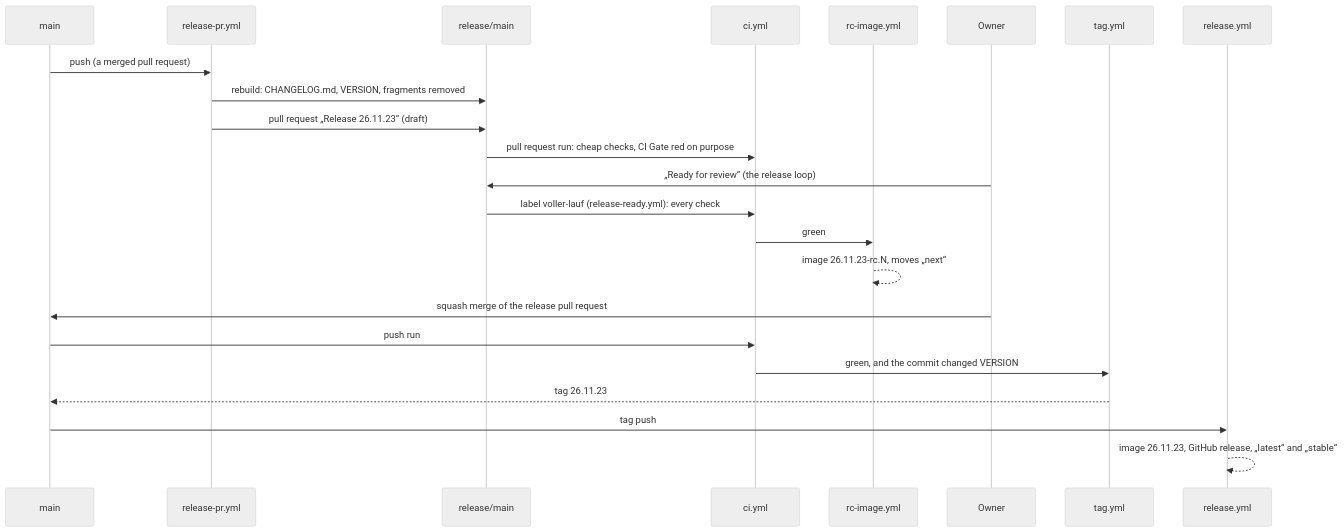
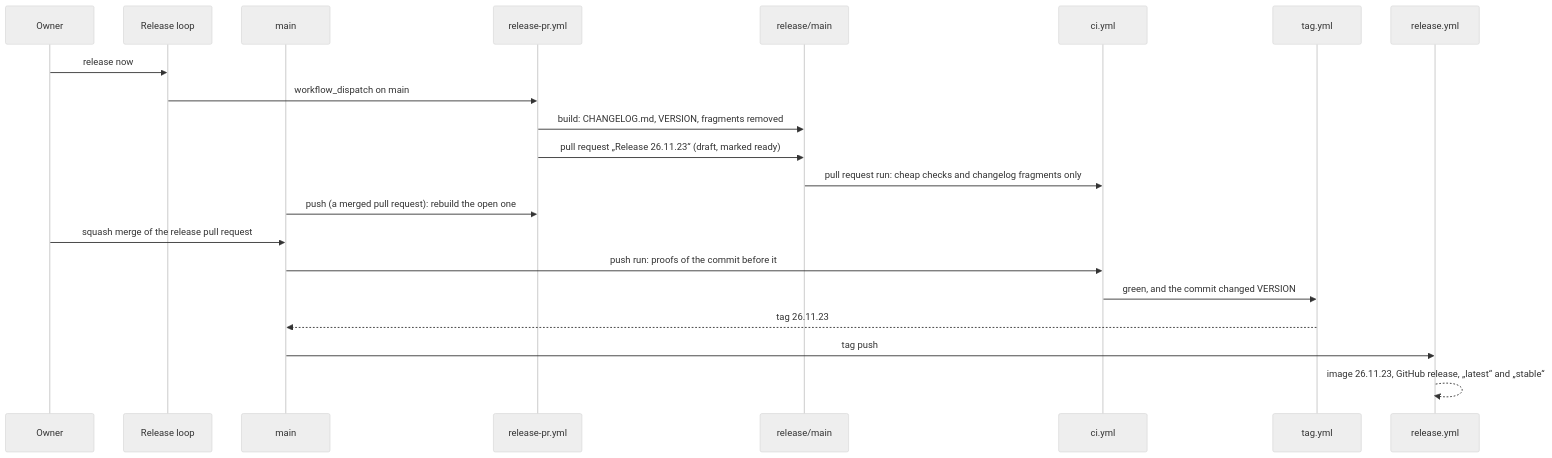
One commit to Heiss/nova-imperium changed the third of 4 diagrams in website/src/content/docs/git-workflow.md. Above: the diagram before and after it, drawn with Mermaid (neutral theme). The commit also changed other lines of this file and 247 other files, not shown here.

First line of the commit message:
Release collection 2026-11-24: guards, release flow, main-planet lock, v3 foundation, interface (#395)

````diff
--- a/website/src/content/docs/git-workflow.md
+++ b/website/src/content/docs/git-workflow.md
@@ -131,25 +140,23 @@
 ```mermaid
 sequenceDiagram
+  participant O as Owner
+  participant L as Release loop
   participant M as main
   participant RP as release-pr.yml
   participant RB as release/main
   participant CI as ci.yml
-  participant RC as rc-image.yml
-  participant O as Owner
   participant T as tag.yml
   participant R as release.yml
-  M->>RP: push (a merged pull request)
-  RP->>RB: rebuild: CHANGELOG.md, VERSION, fragments removed
-  RP->>RB: pull request „Release 26.11.23“ (draft)
-  RB->>CI: pull request run: cheap checks, CI Gate red on purpose
-  O->>RB: „Ready for review“ (the release loop)
-  RB->>CI: label voller-lauf (release-ready.yml): every check
-  CI->>RC: green
-  RC-->>RC: image 26.11.23-rc.N, moves „next“
+  O->>L: release now
+  L->>RP: workflow_dispatch on main
+  RP->>RB: build: CHANGELOG.md, VERSION, fragments removed
+  RP->>RB: pull request „Release 26.11.23“ (draft, marked ready)
+  RB->>CI: pull request run: cheap checks and changelog fragments only
+  M->>RP: push (a merged pull request): rebuild the open one
   O->>M: squash merge of the release pull request
-  M->>CI: push run
+  M->>CI: push run: proofs of the commit before it
   CI->>T: green, and the commit changed VERSION
   T-->>M: tag 26.11.23
   M->>R: tag push
   R-->>R: image 26.11.23, GitHub release, „latest“ and „stable“
 ```
````
